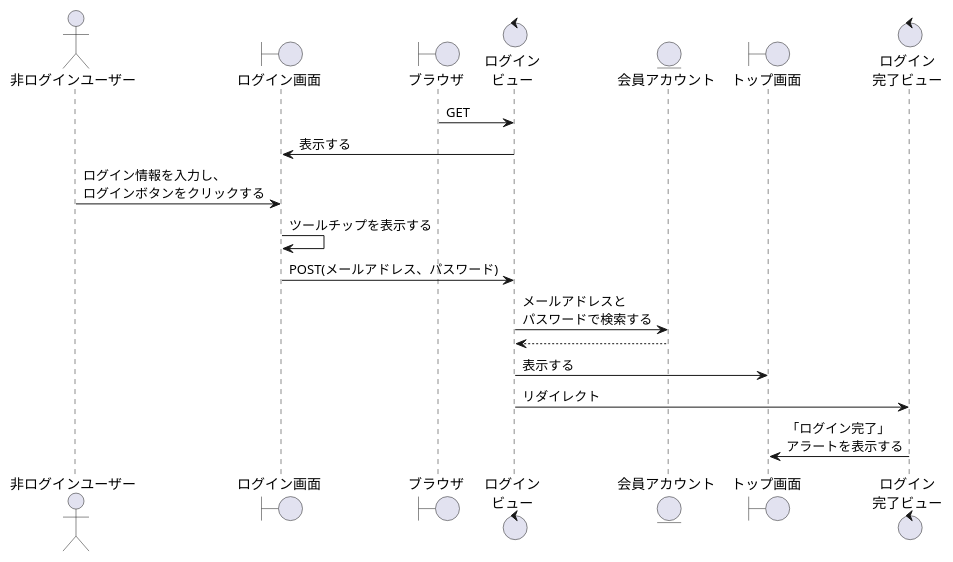
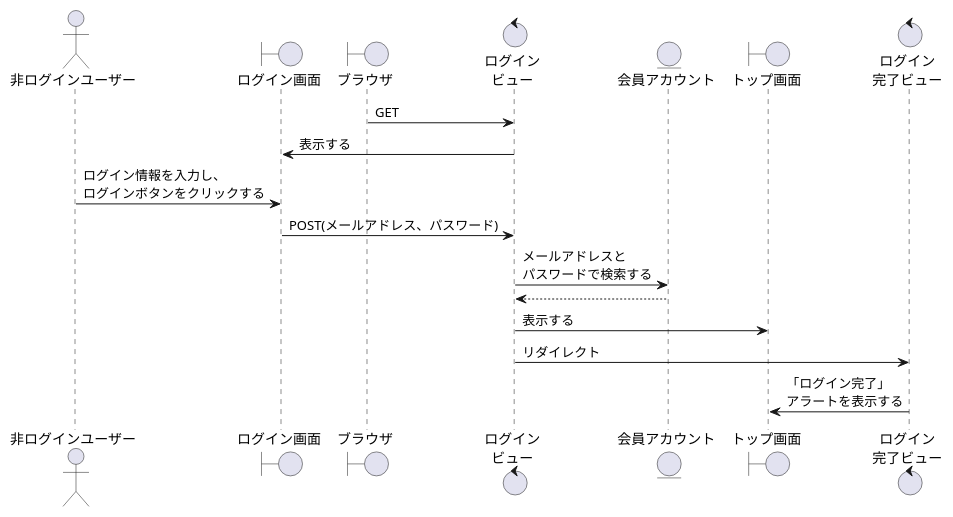
One commit to ysyk-wtnb16/team_D changed the diagram in 卒業研究/ログイン.wsd. Above: the diagram before and after it, drawn with PlantUML. The commit also changed 7 other files, not shown here.

```diff
--- a/卒業研究/ログイン.wsd
+++ b/卒業研究/ログイン.wsd
@@ -1,20 +1,19 @@
 @startuml login
 actor "非ログインユーザー" as nonlogin
 boundary "ログイン画面" as loginb
 boundary "ブラウザ" as brz
 control "ログイン\nビュー" as loginv
 entity "会員アカウント" as account
 boundary "トップ画面" as Topb
 control "ログイン\n完了ビュー" as loginokv
 
 brz -> loginv: GET
 loginb <- loginv: 表示する
 nonlogin -> loginb: ログイン情報を入力し、\nログインボタンをクリックする
-loginb -> loginb: ツールチップを表示する
 loginb -> loginv:POST(メールアドレス、パスワード)
 loginv -> account: メールアドレスと\nパスワードで検索する
 loginv <-- account
 loginv -> Topb: 表示する
 loginv -> loginokv:リダイレクト
 Topb <- loginokv:「ログイン完了」\nアラートを表示する
 @enduml
```
